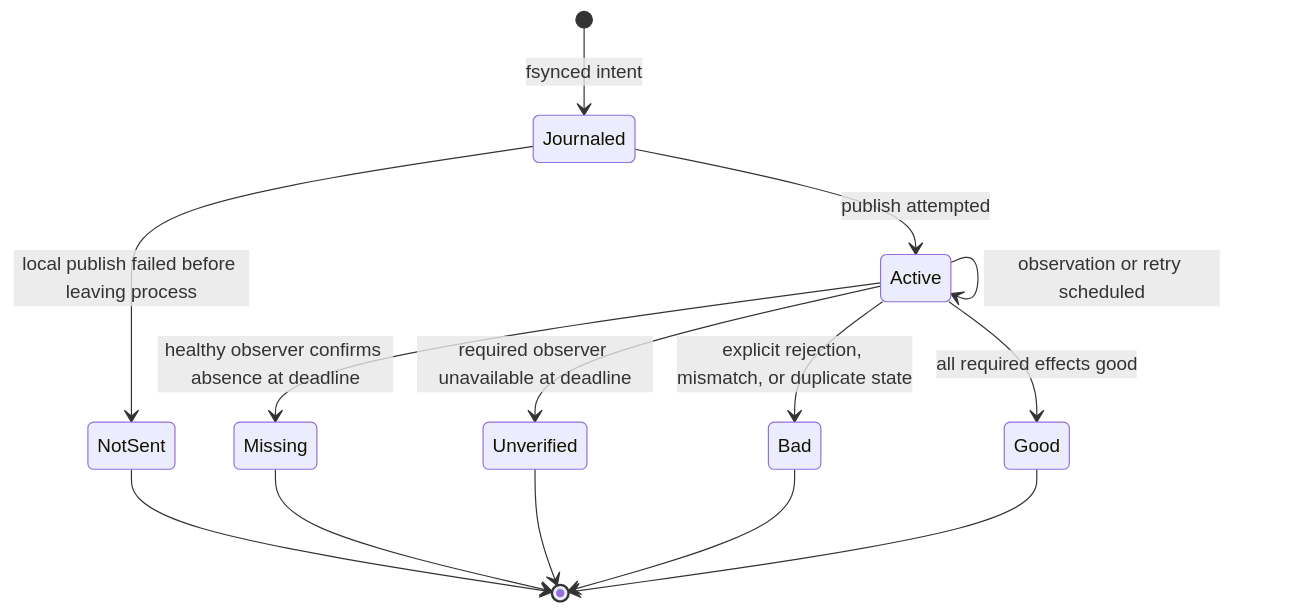
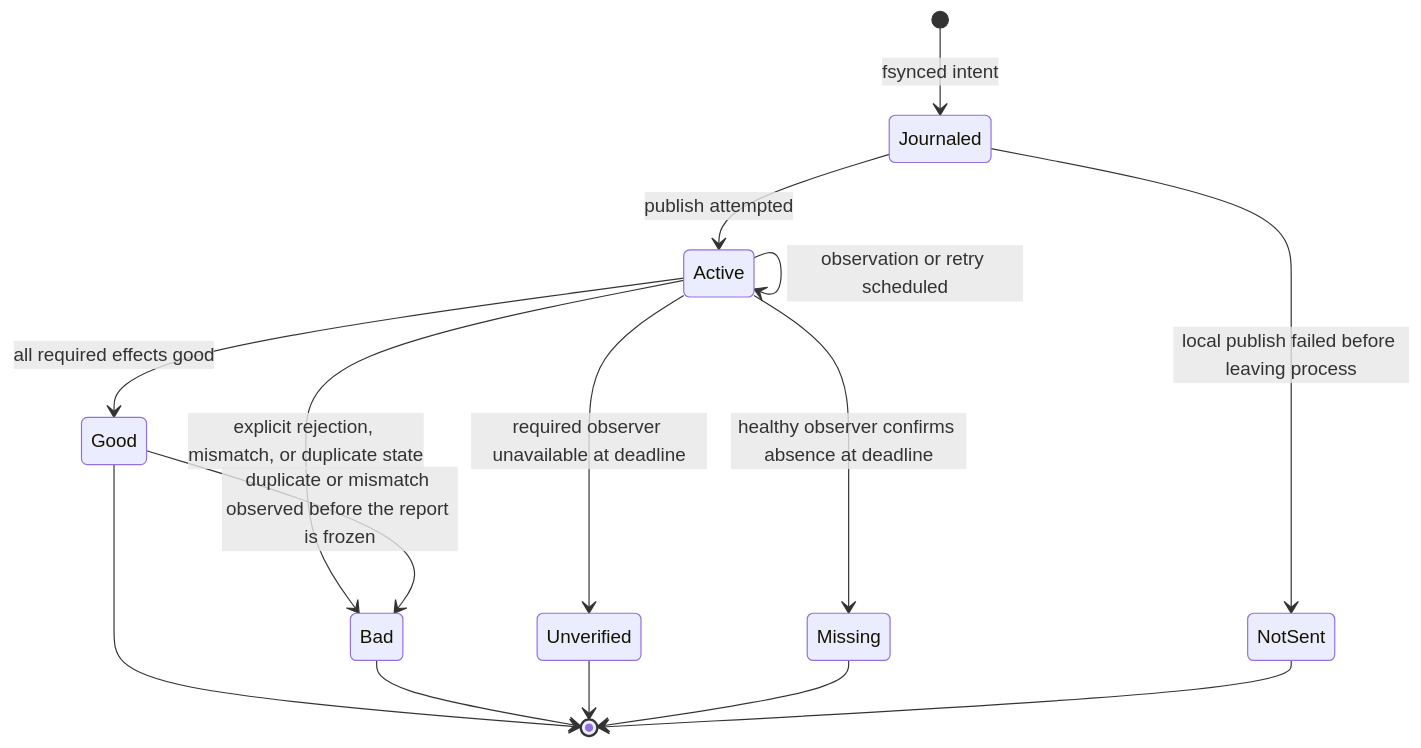
The second of 2 diagrams in docs/load-testing/loadgen/evidence-platform.md (hmchangw/newchat), drawn with Mermaid before and after one commit. The commit also changed other lines of this file and 6 other files, not shown here.

````diff
--- a/docs/load-testing/loadgen/evidence-platform.md
+++ b/docs/load-testing/loadgen/evidence-platform.md
@@ -246,16 +251,17 @@
 ```mermaid
 stateDiagram-v2
     [*] --> Journaled: fsynced intent
     Journaled --> NotSent: local publish failed before leaving process
     Journaled --> Active: publish attempted
     Active --> Active: observation or retry scheduled
     Active --> Good: all required effects good
     Active --> Bad: explicit rejection, mismatch, or duplicate state
+    Good --> Bad: duplicate or mismatch observed before the report is frozen
     Active --> Unverified: required observer unavailable at deadline
     Active --> Missing: healthy observer confirms absence at deadline
     Good --> [*]
     Bad --> [*]
     Unverified --> [*]
     Missing --> [*]
     NotSent --> [*]
 ```
````
